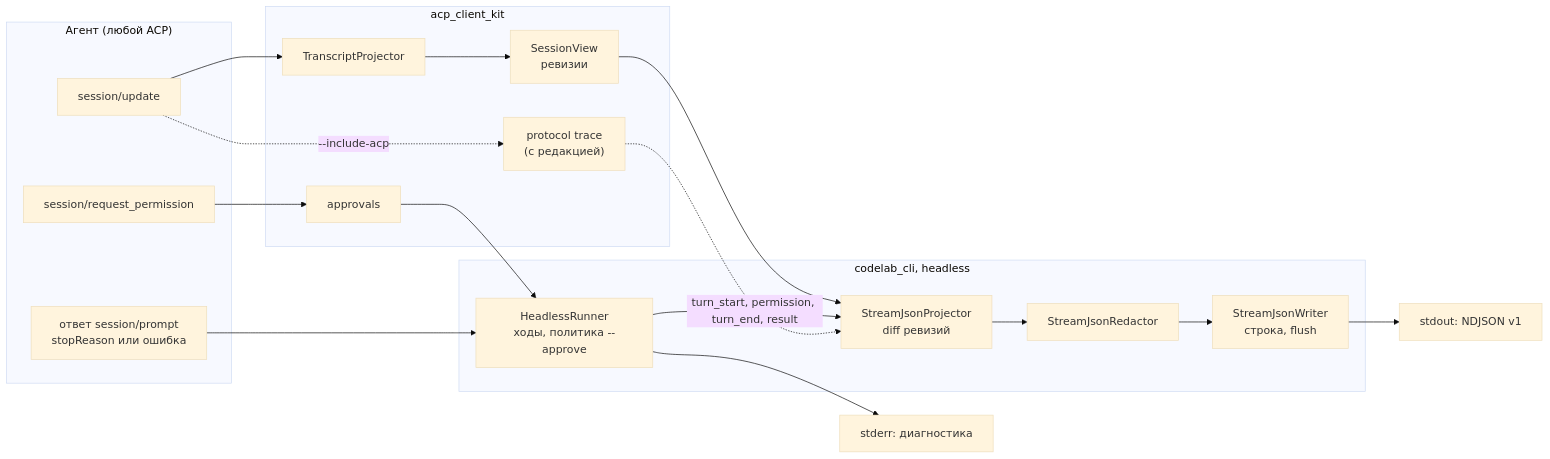
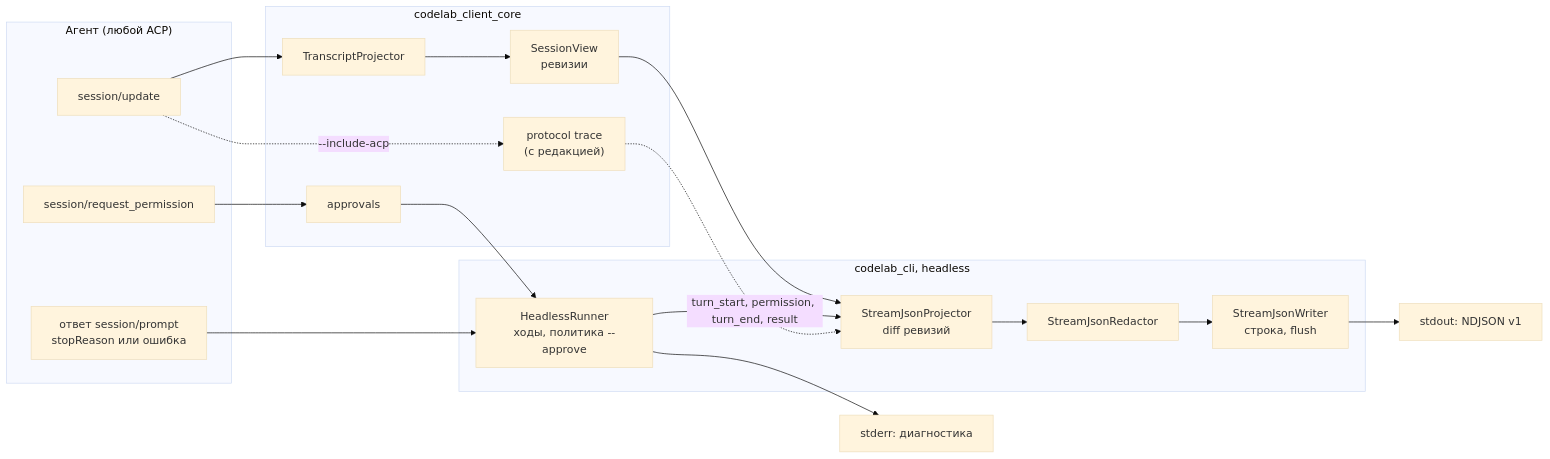
The first of 2 diagrams in docs/architecture/proposals/dart-agent-and-clients/12-5-stream-json.md (pese-git/codelab-app), drawn with Mermaid (base theme) before and after one commit. The commit also changed other lines of this file and 608 other files, not shown here.

First line of the commit message:
refactor: переименовать пакеты по схеме codelab_<сторона>_<слой> (ADR-0002)

````diff
--- a/docs/architecture/proposals/dart-agent-and-clients/12-5-stream-json.md
+++ b/docs/architecture/proposals/dart-agent-and-clients/12-5-stream-json.md
@@ -52,29 +52,29 @@
 ```mermaid
 flowchart LR
     subgraph Agent["Агент (любой ACP)"]
         SU["session/update"]
         PR["ответ session/prompt<br/>stopReason или ошибка"]
         RP["session/request_permission"]
     end
-    subgraph Kit["acp_client_kit"]
+    subgraph Kit["codelab_client_core"]
         TP["TranscriptProjector"]
         SV["SessionView<br/>ревизии"]
         AP["approvals"]
         TRC["protocol trace<br/>(с редакцией)"]
     end
     subgraph CLI["codelab_cli, headless"]
         HR["HeadlessRunner<br/>ходы, политика --approve"]
         PJ["StreamJsonProjector<br/>diff ревизий"]
         RD["StreamJsonRedactor"]
         WR["StreamJsonWriter<br/>строка, flush"]
     end
     OUT["stdout: NDJSON v1"]
     ERR["stderr: диагностика"]
     SU --> TP --> SV --> PJ
     RP --> AP --> HR
     PR --> HR
     HR -->|"turn_start, permission, turn_end, result"| PJ
     SU -.->|"--include-acp"| TRC -.-> PJ
     PJ --> RD --> WR --> OUT
     HR --> ERR
 ```
````
